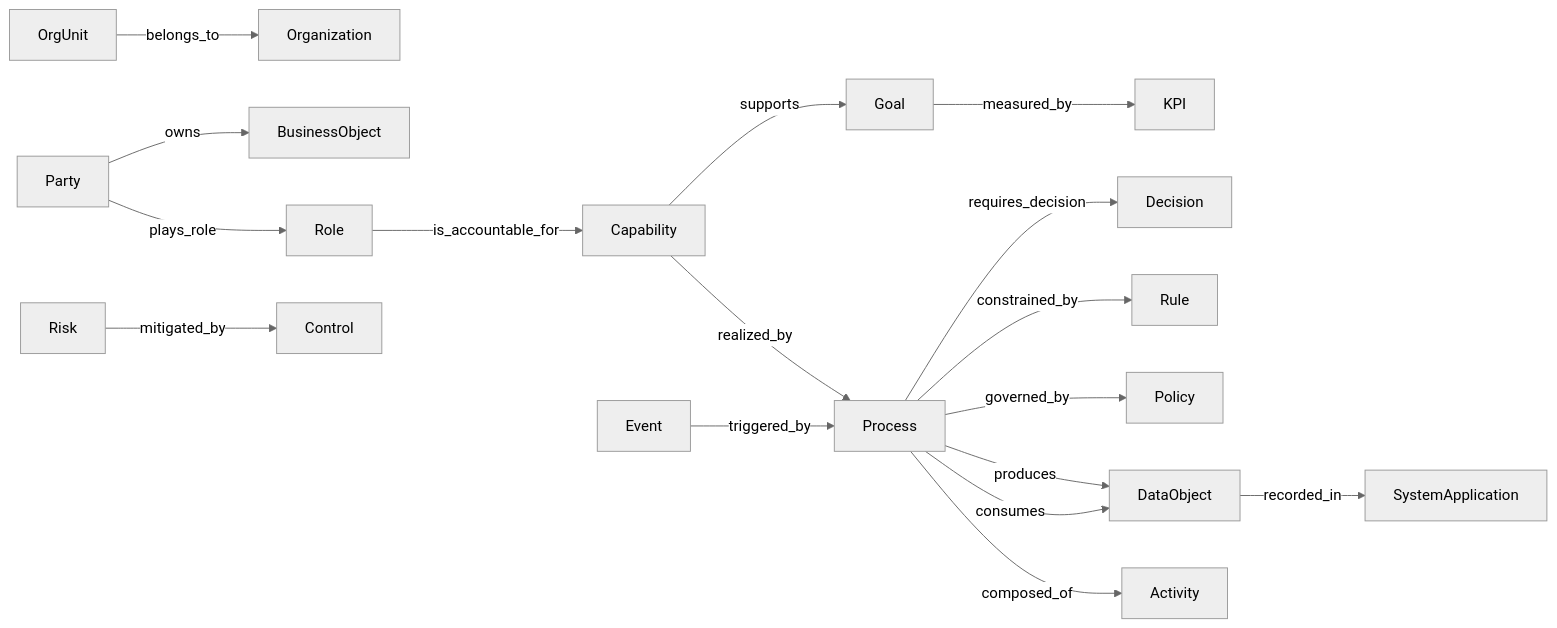
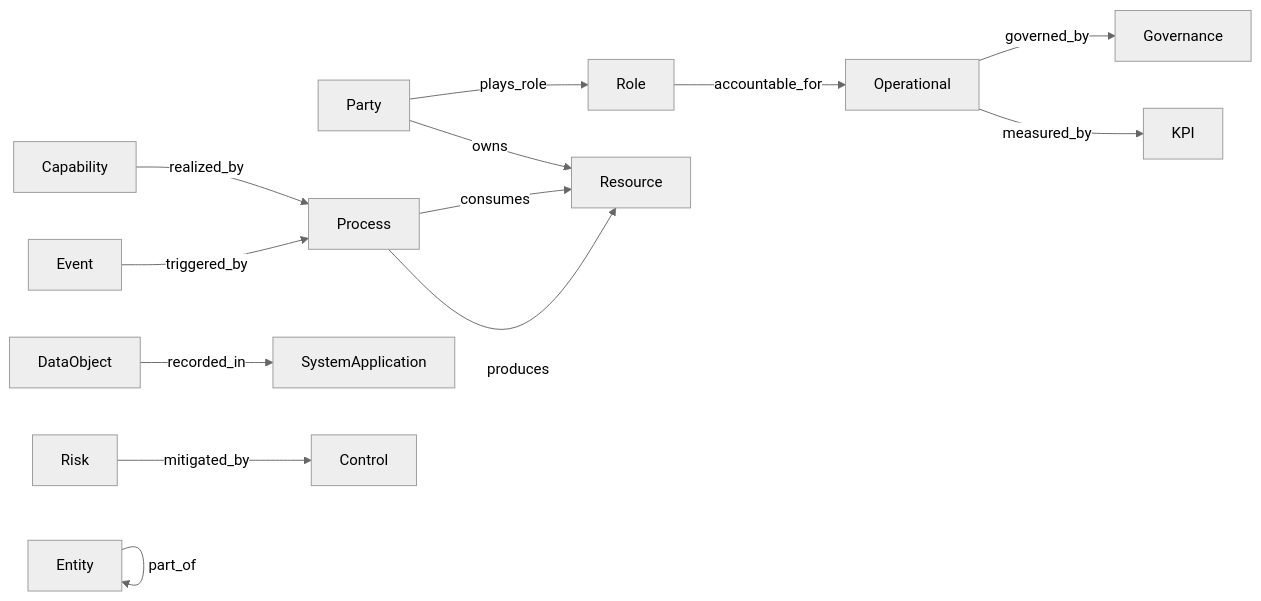
The diagram in docs-site/core/relations.md (ramphias/universal-ontology-definition), drawn with Mermaid (neutral theme) before and after one commit. The commit also changed other lines of this file and 20 other files, not shown here.

````diff
--- a/docs-site/core/relations.md
+++ b/docs-site/core/relations.md
@@ -9,19 +9,15 @@
 ```mermaid
 graph LR
     Party -->|plays_role| Role
-    OrgUnit -->|belongs_to| Organization
-    Party -->|owns| BusinessObject
-    Role -->|is_accountable_for| Capability
+    Entity -->|part_of| Entity
+    Party -->|owns| Resource
+    Role -->|accountable_for| Operational
     Capability -->|realized_by| Process
-    Process -->|composed_of| Activity
-    Process -->|consumes| DataObject
-    Process -->|produces| DataObject
+    Process -->|consumes| Resource
+    Process -->|produces| Resource
     DataObject -->|recorded_in| SystemApplication
-    Process -->|governed_by| Policy
-    Process -->|constrained_by| Rule
+    Operational -->|governed_by| Governance
     Risk -->|mitigated_by| Control
     Event -->|triggered_by| Process
-    Process -->|requires_decision| Decision
-    Capability -->|supports| Goal
-    Goal -->|measured_by| KPI
+    Operational -->|measured_by| KPI
 ```
````
